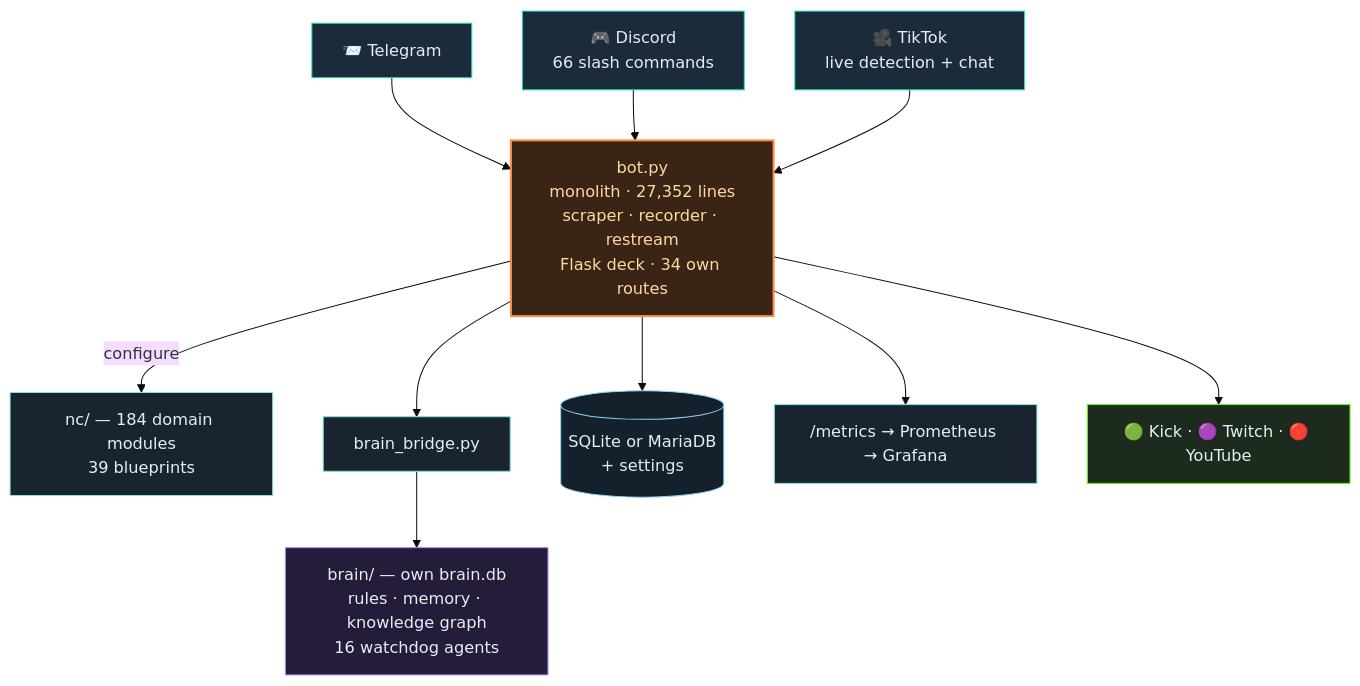
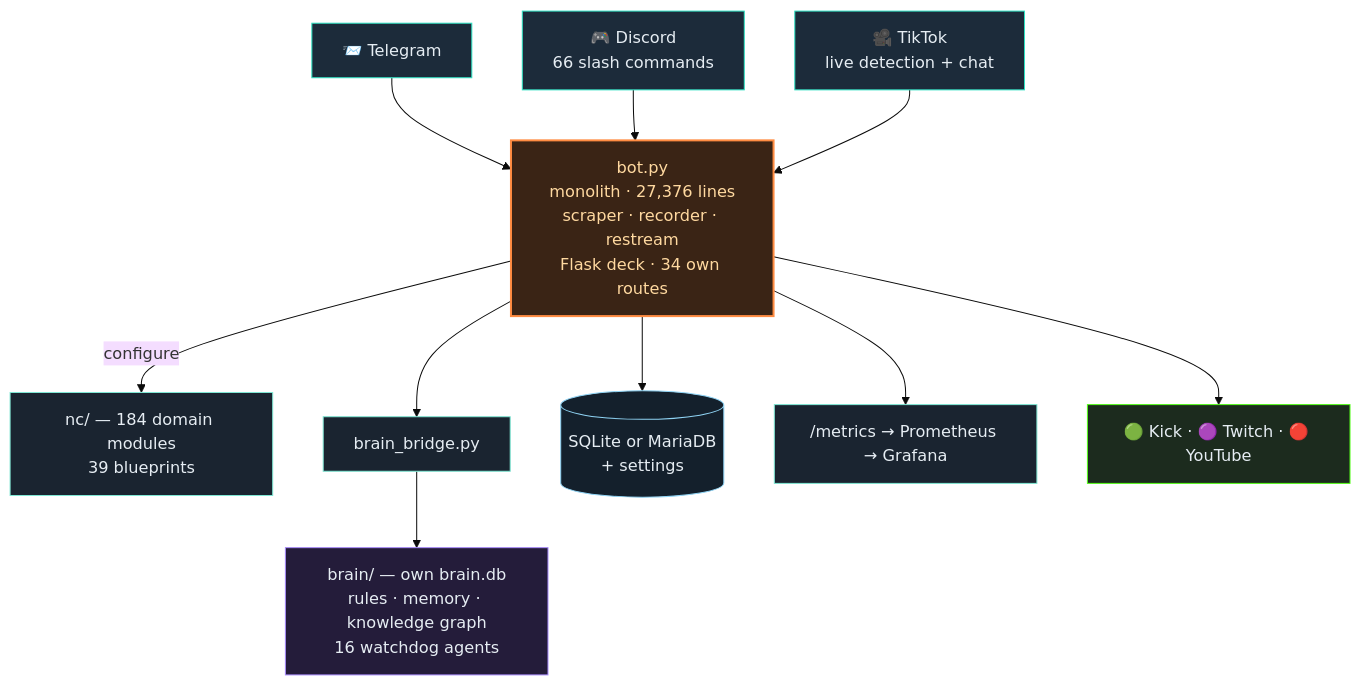
The second of 3 diagrams in README.en.md (itsamemedev/Telegram-Stream-Info-Bot), drawn with Mermaid (base theme) before and after one commit. The commit also changed other lines of this file and 10 other files, not shown here.

````diff
--- a/README.en.md
+++ b/README.en.md
@@ -119,19 +119,19 @@
 ```mermaid
 flowchart TB
     TG["📨 Telegram"]:::ein --> BOT
     DC["🎮 Discord<br/>66 slash commands"]:::ein --> BOT
     TT["🎥 TikTok<br/>live detection + chat"]:::ein --> BOT
-    BOT["bot.py<br/>monolith · 27,352 lines<br/>scraper · recorder · restream<br/>Flask deck · 34 own routes"]:::core
+    BOT["bot.py<br/>monolith · 27,376 lines<br/>scraper · recorder · restream<br/>Flask deck · 34 own routes"]:::core
     BOT -->|configure| NC["nc/ — 184 domain modules<br/>39 blueprints"]:::lib
     BOT --> BR["brain_bridge.py"]:::lib
     BR --> BRAIN["brain/ — own brain.db<br/>rules · memory · knowledge graph<br/>16 watchdog agents"]:::brain
     BOT --> DB[("SQLite or MariaDB<br/>+ settings")]:::db
     BOT --> PROM["/metrics → Prometheus → Grafana"]:::lib
     BOT --> OUT["🟢 Kick · 🟣 Twitch · 🔴 YouTube"]:::out
     classDef ein fill:#1c2b3a,stroke:#2de1c2,color:#e6edf3
     classDef core fill:#3a2415,stroke:#ff8c42,stroke-width:2px,color:#ffd9a0
     classDef lib fill:#1a2430,stroke:#7fe7d4,color:#e6edf3
     classDef brain fill:#241c3a,stroke:#a78bfa,color:#e6edf3
     classDef db fill:#14202c,stroke:#8fd3f4,color:#e6edf3
     classDef out fill:#1c2b1e,stroke:#53fc18,color:#e6edf3
 ```
````
